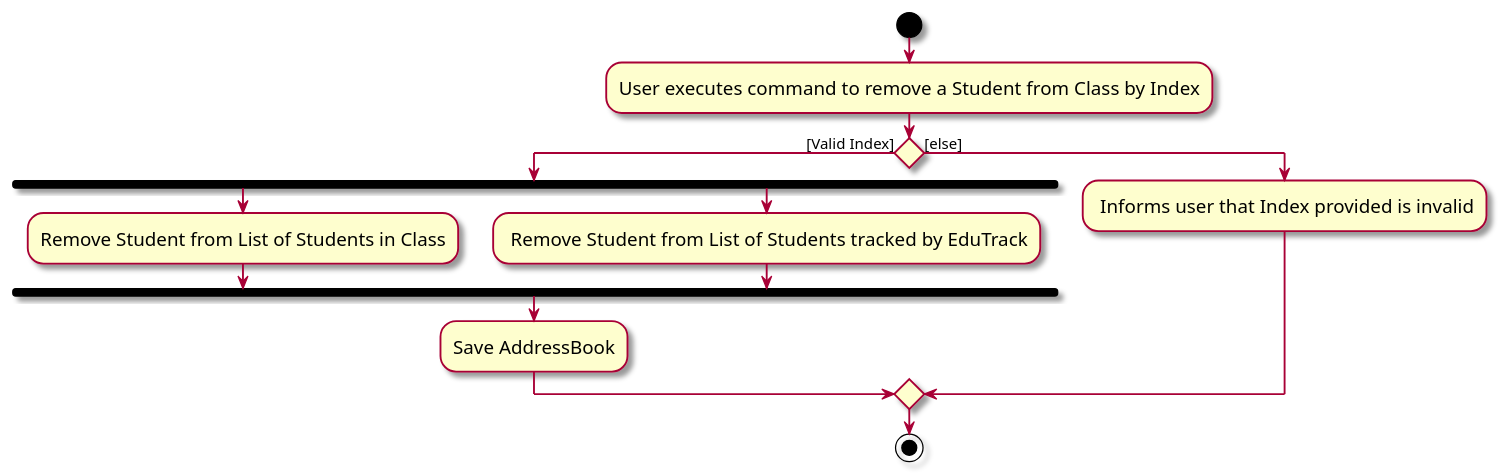
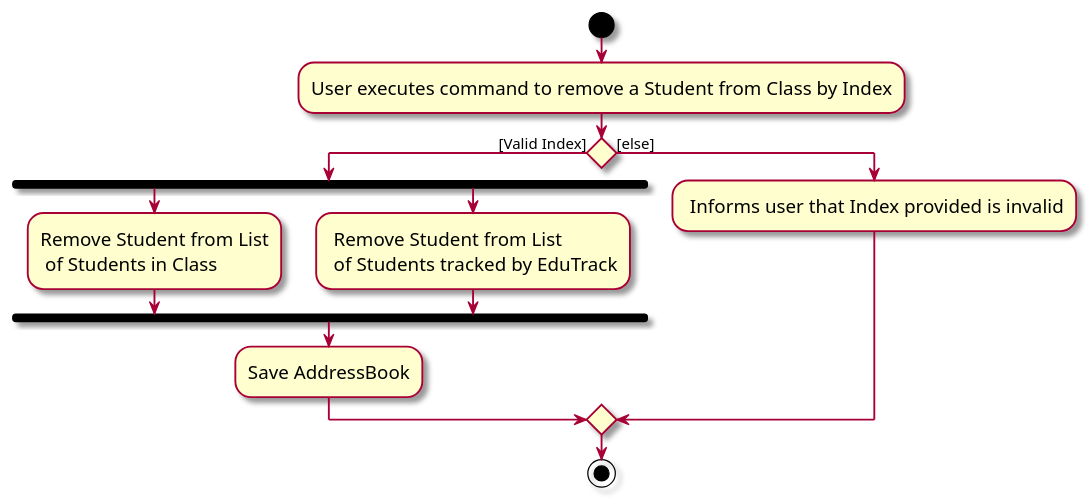
One commit to sudarshan2401/tp changed the diagram in diagrams/RemoveStudentActivityDiagram.puml. Above: the diagram before and after it, drawn with PlantUML. The commit also changed 48 other files, not shown here.

```diff
--- a/diagrams/RemoveStudentActivityDiagram.puml
+++ b/diagrams/RemoveStudentActivityDiagram.puml
@@ -1,23 +1,24 @@
 @startuml
 skin rose
 skinparam ActivityFontSize 15
 skinparam ArrowFontSize 12
 start
 :User executes command to remove a Student from Class by Index;
 
 'Since the beta syntax does not support placing the condition outside the
 'diamond we place it as the true branch instead.
 
 if () then ([Valid Index])
     fork
-        :Remove Student from List of Students in Class;
+        :Remove Student from List\n of Students in Class;
+
     fork again
-        : Remove Student from List of Students tracked by EduTrack;
+        : Remove Student from List\n of Students tracked by EduTrack;
     end fork
     :Save AddressBook;
 else ([else])
     : Informs user that Index provided is invalid;
 endif
 stop
 
 @enduml
```
